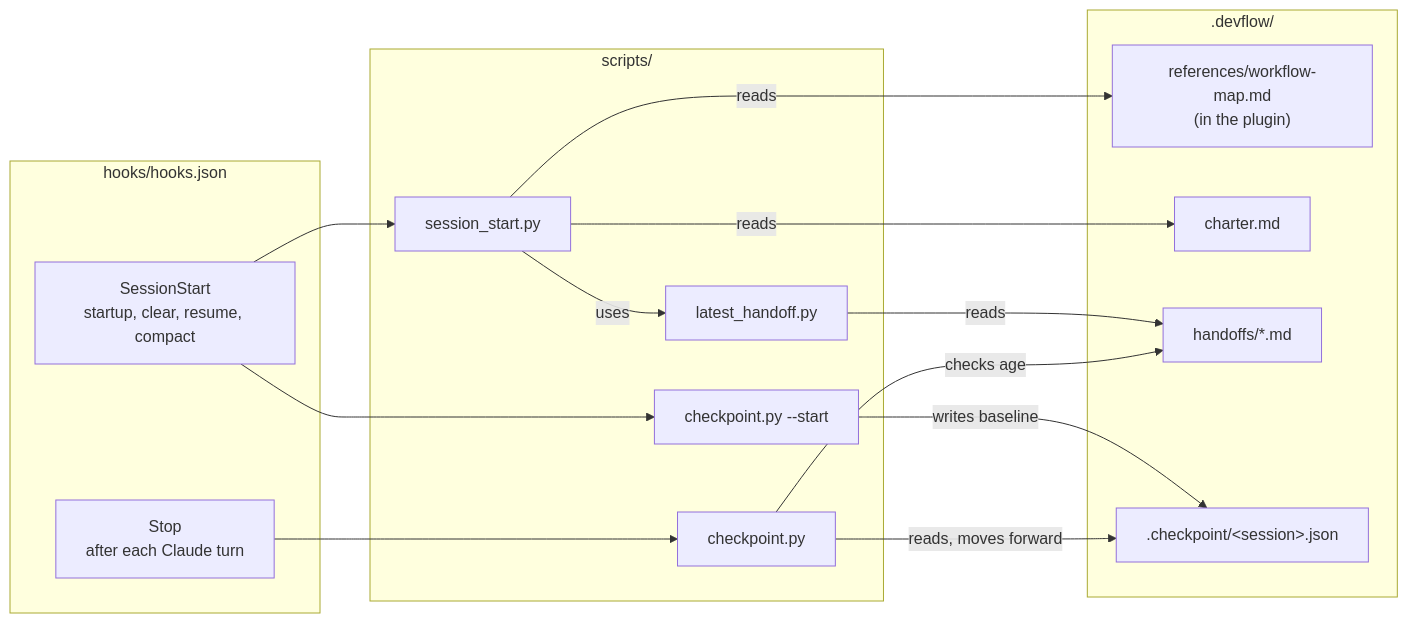
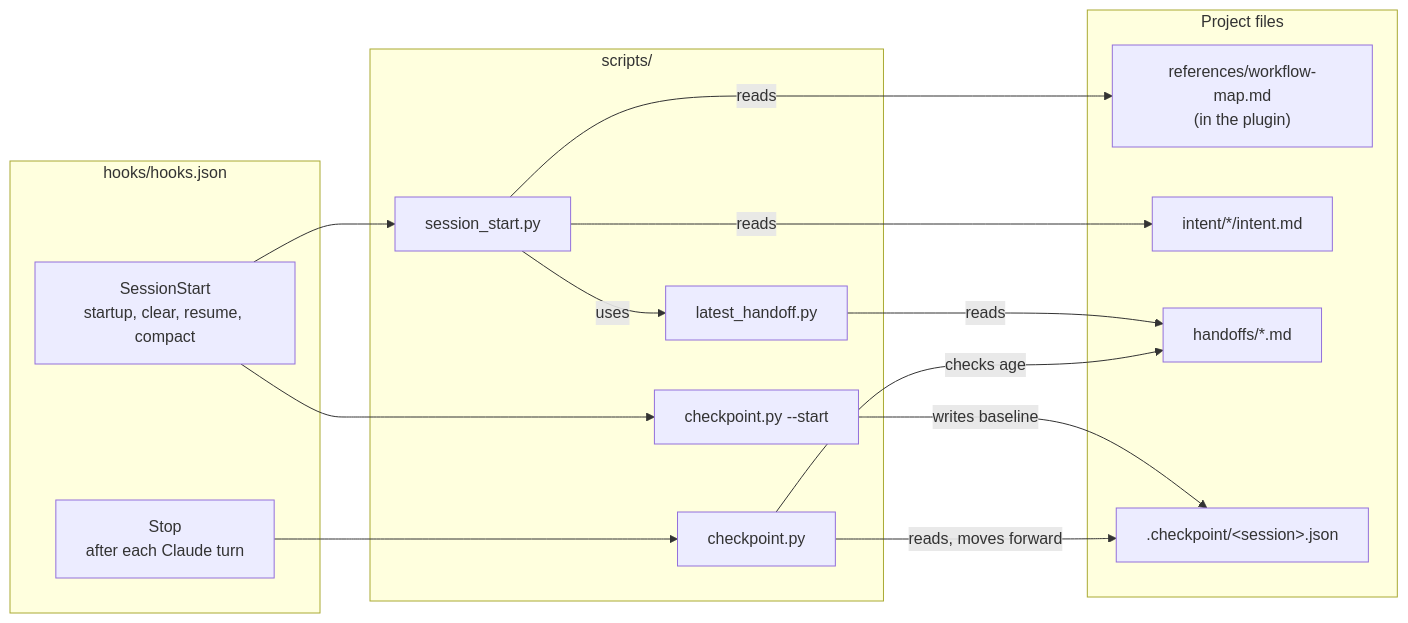
The third of 11 diagrams in devflow/README.md (sdevikar/sdlc-tools), drawn with Mermaid before and after one commit. The commit also changed other lines of this file and 13 other files, not shown here.

First line of the commit message:
feat(devflow): replace the charter with the playbook's intent.md

````diff
--- a/devflow/README.md
+++ b/devflow/README.md
@@ -104,26 +104,26 @@
 ```mermaid
 flowchart LR
     subgraph Hooks["hooks/hooks.json"]
         SS["SessionStart<br/>startup, clear, resume, compact"]
         ST["Stop<br/>after each Claude turn"]
     end
     subgraph Scripts["scripts/"]
         S1["session_start.py"]
         S2["checkpoint.py --start"]
         S3["checkpoint.py"]
         LH["latest_handoff.py"]
     end
-    subgraph Files[".devflow/"]
+    subgraph Files["Project files"]
         MAP["references/workflow-map.md<br/>(in the plugin)"]
-        CHF["charter.md"]
+        INF["intent/*/intent.md"]
         HF["handoffs/*.md"]
         CP[".checkpoint/&lt;session&gt;.json"]
     end
     SS --> S1 & S2
     ST --> S3
-    S1 -- reads --> MAP & CHF
+    S1 -- reads --> MAP & INF
     S1 -- uses --> LH -- reads --> HF
     S2 -- writes baseline --> CP
     S3 -- reads, moves forward --> CP
     S3 -- checks age --> HF
 ```
````
